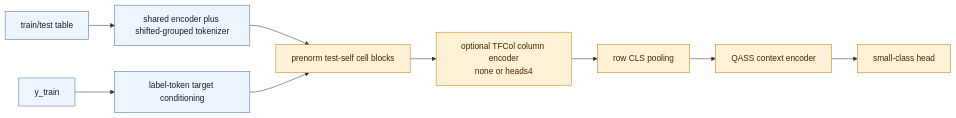
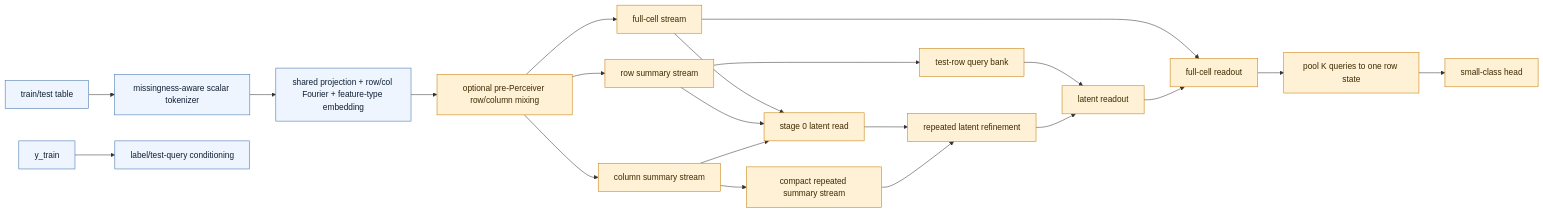
The first of 6 diagrams in docs/development/architecture-deltas.md (bensonlee5/tab-foundry), drawn with Mermaid before and after one commit. The commit also changed other lines of this file and 8 other files, not shown here.

Commit message:
refresh roadmap and update model architecture pages

````diff
--- a/docs/development/architecture-deltas.md
+++ b/docs/development/architecture-deltas.md
@@ -57,16 +48,28 @@
 ```mermaid
 flowchart LR
-    x[train/test table] --> tok[shared encoder plus shifted-grouped tokenizer]
-    y[y_train] --> tc[label-token target conditioning]
-    tok --> blk[prenorm test-self cell blocks]
-    tc --> blk
-    blk --> col[optional TFCol column encoder<br/>none or heads4]
-    col --> pool[row CLS pooling]
-    pool --> ctx[QASS context encoder]
-    ctx --> head[small-class head]
+    x[train/test table] --> tok[missingness-aware scalar tokenizer]
+    tok --> enc[shared projection + row/col Fourier + feature-type embedding]
+    y[y_train] --> cond[label/test-query conditioning]
+    enc --> mix[optional pre-Perceiver row/column mixing]
+    mix --> full[full-cell stream]
+    mix --> rows[row summary stream]
+    mix --> cols[column summary stream]
+    full --> p0[stage 0 latent read]
+    rows --> p0
+    cols --> p0
+    rows --> testq[test-row query bank]
+    cols --> summary[compact repeated summary stream]
+    p0 --> lat[repeated latent refinement]
+    summary --> lat
+    testq --> lread[latent readout]
+    lat --> lread
+    full --> cread[full-cell readout]
+    lread --> cread
+    cread --> pool[pool K queries to one row state]
+    pool --> head[small-class head]
 
     classDef base fill:#eef5ff,stroke:#3b6ea8,color:#0f1f33;
     classDef delta fill:#fff1d6,stroke:#c67a00,color:#3d2a00;
-    class blk,col,pool,ctx,head delta;
-    class x,tok,y,tc base;
+    class x,tok,enc,y,cond base;
+    class mix,full,rows,cols,p0,summary,lat,testq,lread,cread,pool,head delta;
 ```
````
